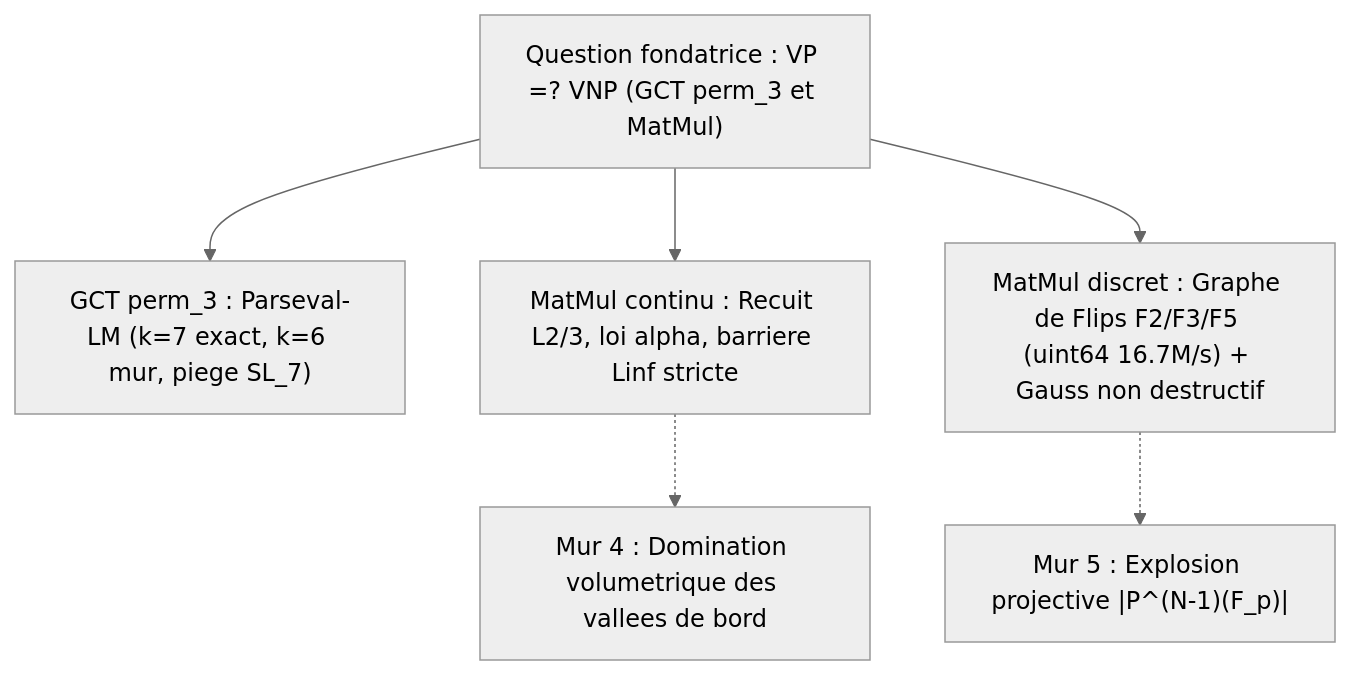
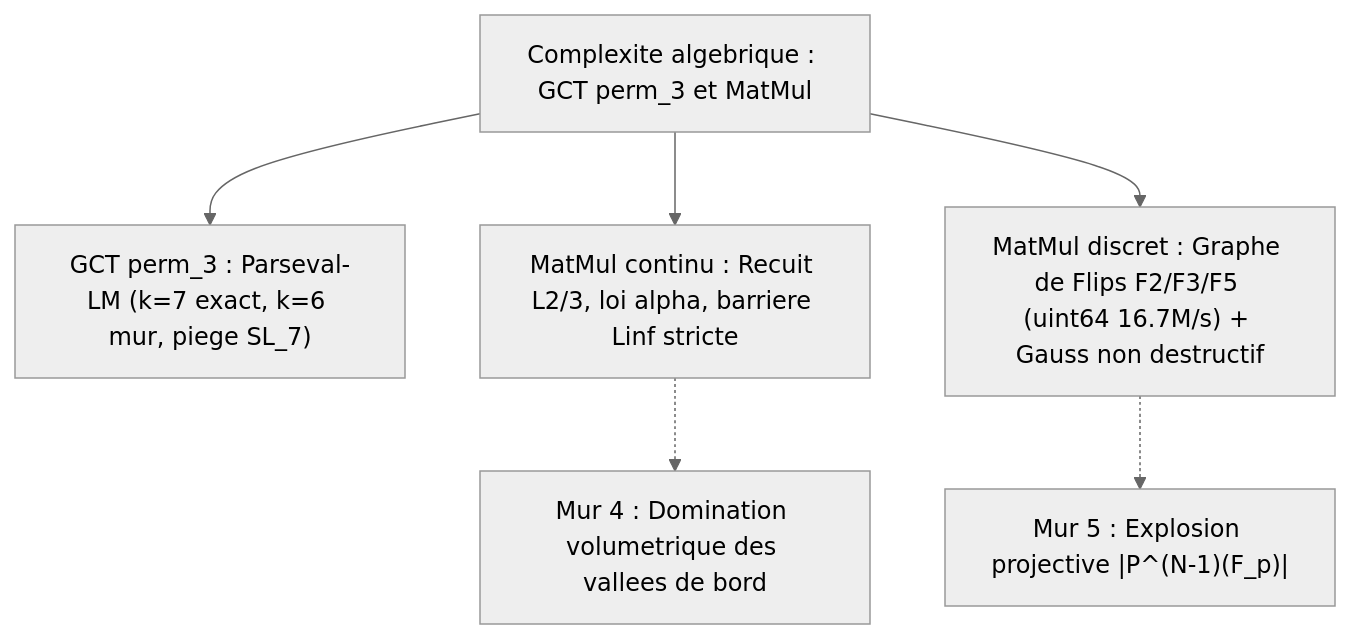
Before and after one commit to Axel-Bouchery/P-NP: the diagram in axe3_algebraic_complexity/RAPPORT.md, drawn with Mermaid (neutral theme). The commit also changed other lines of this file and 1 other file, not shown here.

Commit message:
docs: remove P?=NP / VP?=VNP framing and defensive disclaimers from Axe I and Axe III reports

````diff
--- a/axe3_algebraic_complexity/RAPPORT.md
+++ b/axe3_algebraic_complexity/RAPPORT.md
@@ -51,9 +51,9 @@
 ```mermaid
 flowchart TD
-    Root["Question fondatrice : VP =? VNP (GCT perm_3 et MatMul)"]
+    Root["Complexite algebrique : GCT perm_3 et MatMul"]
     Root --> A3a["GCT perm_3 : Parseval-LM (k=7 exact, k=6 mur, piege SL_7)"]
     Root --> A3b["MatMul continu : Recuit L2/3, loi alpha, barriere Linf stricte"]
     Root --> A3c["MatMul discret : Graphe de Flips F2/F3/F5 (uint64 16.7M/s) + Gauss non destructif"]
     A3b -.-> M4["Mur 4 : Domination volumetrique des vallees de bord"]
     A3c -.-> M5["Mur 5 : Explosion projective |P^(N-1)(F_p)|"]
 ```
````
